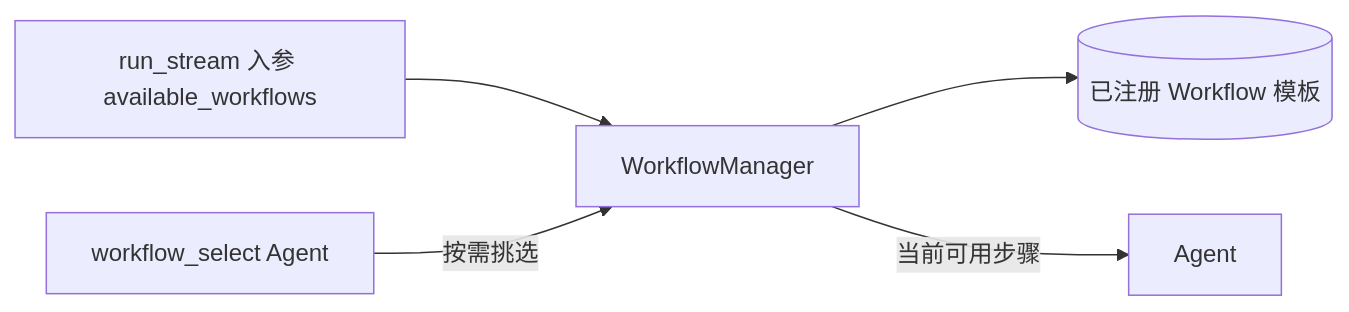
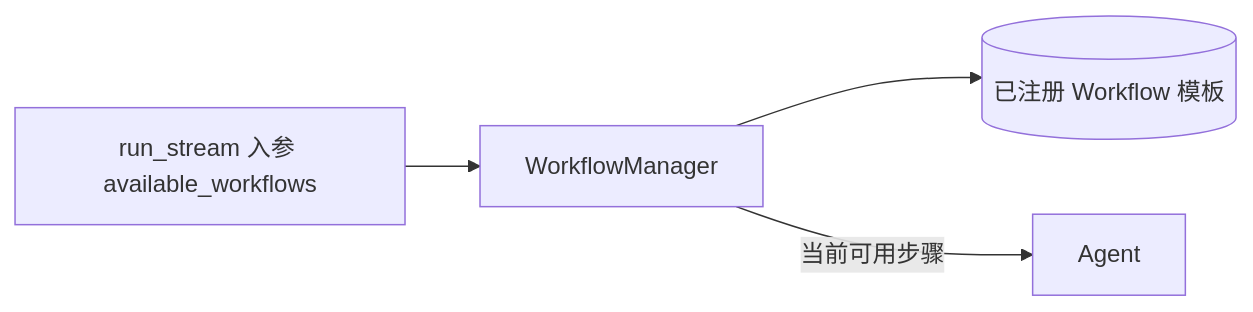
Before and after one commit to ZHangZHengEric/Sage: the eighth of 10 diagrams in docs/zh/architecture/ARCHITECTURE_SAGENTS_SESSION_CONTEXT.md, drawn with Mermaid. The commit also changed 141 other files, not shown here.

````diff
--- a/docs/zh/architecture/ARCHITECTURE_SAGENTS_SESSION_CONTEXT.md
+++ b/docs/zh/architecture/ARCHITECTURE_SAGENTS_SESSION_CONTEXT.md
@@ -162,7 +162,6 @@
 ```mermaid
 flowchart LR
     AvailWF[run_stream 入参 available_workflows] --> WM[WorkflowManager]
     WM --> WfList[(已注册 Workflow 模板)]
-    WfSel[workflow_select Agent] -->|按需挑选| WM
     WM -->|当前可用步骤| Agent
 ```
````
